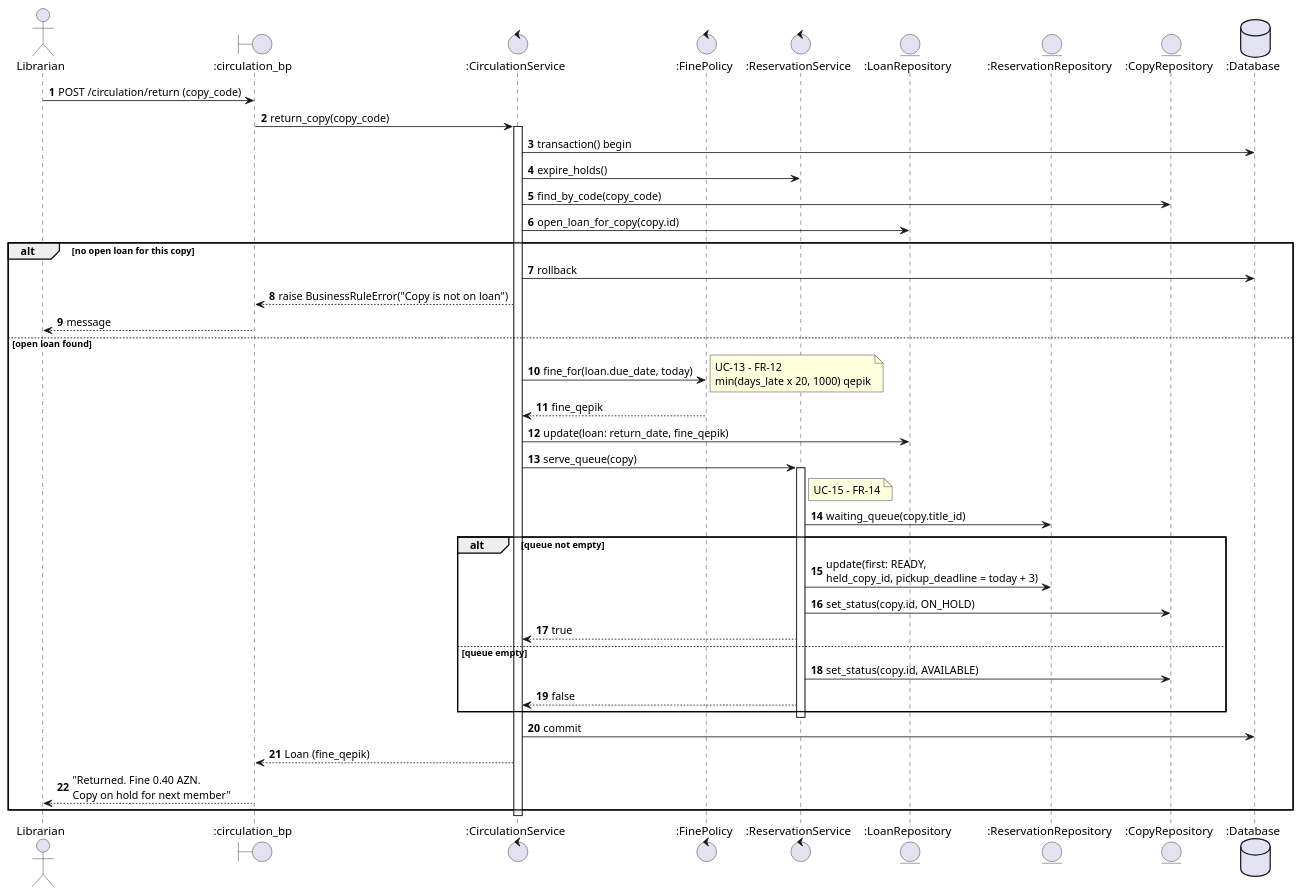
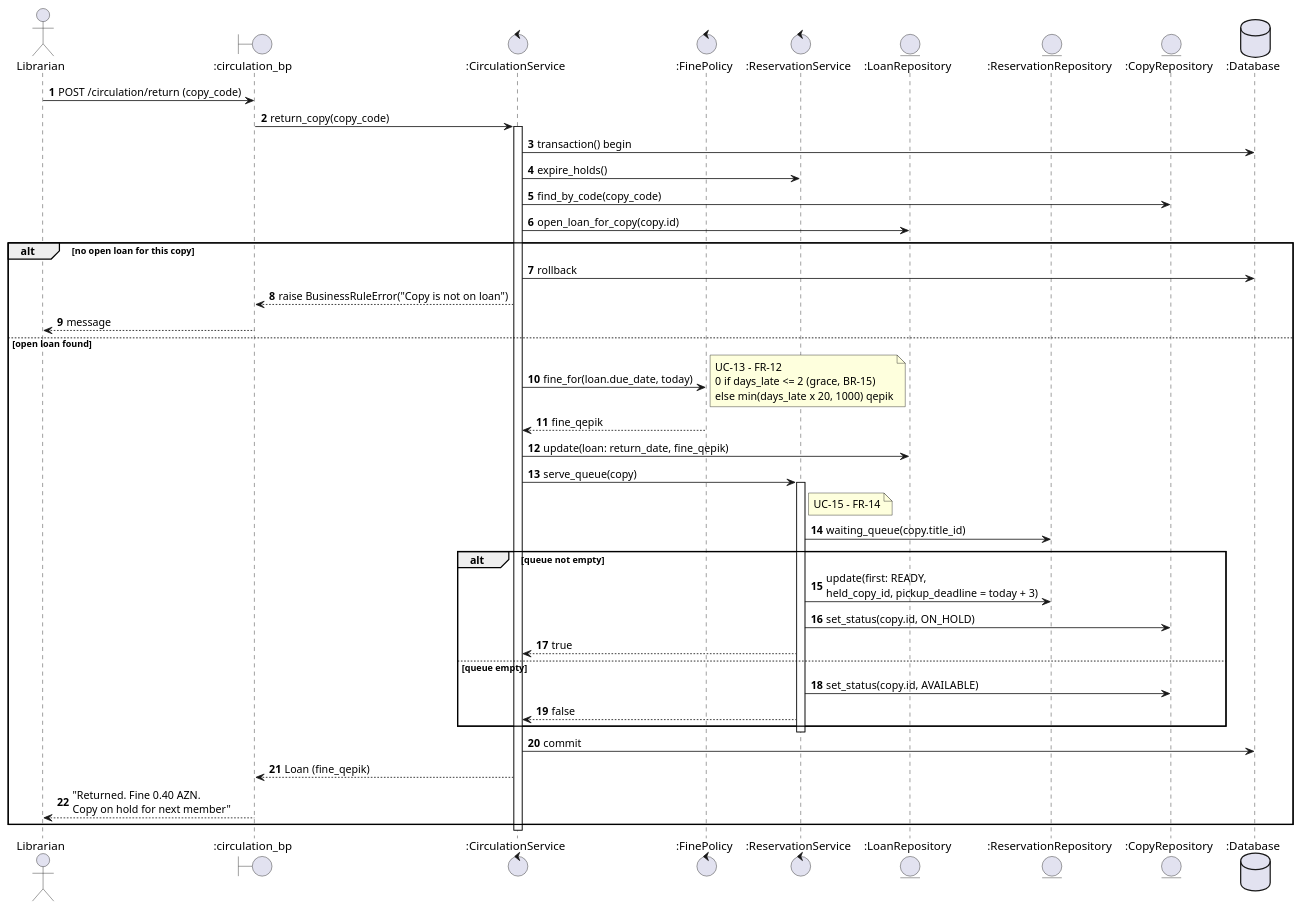
The diagram in docs/models/11-seq-return.puml (imnvrml/library-management-system), drawn with PlantUML before and after one commit. The commit also changed 7 other files, not shown here.

```diff
--- a/docs/models/11-seq-return.puml
+++ b/docs/models/11-seq-return.puml
@@ -1,50 +1,50 @@
 @startuml seq-return
 ' SD-02 Return a copy (UC-06, includes UC-13, UC-14, UC-15)
 skinparam shadowing false
 autonumber
 actor Librarian
 boundary ":circulation_bp" as bp
 control ":CirculationService" as circ
 control ":FinePolicy" as fine
 control ":ReservationService" as res
 entity ":LoanRepository" as loans
 entity ":ReservationRepository" as rrepo
 entity ":CopyRepository" as copies
 database ":Database" as db
 
 Librarian -> bp : POST /circulation/return (copy_code)
 bp -> circ : return_copy(copy_code)
 activate circ
 circ -> db : transaction() begin
 circ -> res : expire_holds()
 circ -> copies : find_by_code(copy_code)
 circ -> loans : open_loan_for_copy(copy.id)
 
 alt no open loan for this copy
   circ -> db : rollback
   circ --> bp : raise BusinessRuleError("Copy is not on loan")
   bp --> Librarian : message
 else open loan found
   circ -> fine : fine_for(loan.due_date, today)
-  note right : UC-13 - FR-12\nmin(days_late x 20, 1000) qepik
+  note right : UC-13 - FR-12\n0 if days_late <= 2 (grace, BR-15)\nelse min(days_late x 20, 1000) qepik
   fine --> circ : fine_qepik
   circ -> loans : update(loan: return_date, fine_qepik)
   circ -> res : serve_queue(copy)
   activate res
   note right of res : UC-15 - FR-14
   res -> rrepo : waiting_queue(copy.title_id)
   alt queue not empty
     res -> rrepo : update(first: READY,\nheld_copy_id, pickup_deadline = today + 3)
     res -> copies : set_status(copy.id, ON_HOLD)
     res --> circ : true
   else queue empty
     res -> copies : set_status(copy.id, AVAILABLE)
     res --> circ : false
   end
   deactivate res
   circ -> db : commit
   circ --> bp : Loan (fine_qepik)
   bp --> Librarian : "Returned. Fine 0.40 AZN.\nCopy on hold for next member"
 end
 deactivate circ
 @enduml
```
